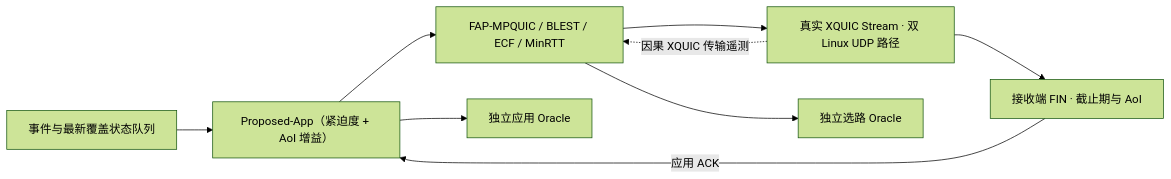
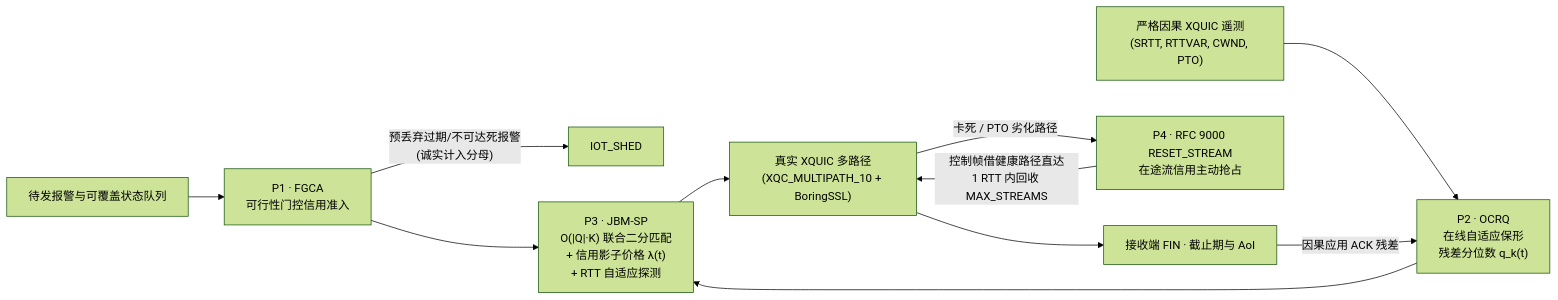
Before and after one commit to Sver0411/IoT-MPQUIC-Scheduler: the diagram in README.zh-CN.md, drawn with Mermaid (forest theme). The commit also changed other lines of this file and 24 other files, not shown here.

Commit message:
feat(acsp-mpquic): add 4-pillar ACSP-MPQUIC scheduler, modern SOTA baselines, and 1,224-run real-XQUIC Stage 11 evaluation

````diff
--- a/README.zh-CN.md
+++ b/README.zh-CN.md
@@ -30,11 +28,13 @@
 ```mermaid
 flowchart LR
-    Q["事件与最新覆盖状态队列"] --> A["Proposed-App（紧迫度 + AoI 增益）"]
-    A --> P["FAP-MPQUIC / BLEST / ECF / MinRTT"]
-    P --> S["真实 XQUIC Stream · 双 Linux UDP 路径"]
-    S --> R["接收端 FIN · 截止期与 AoI"]
-    R -->|"应用 ACK"| A
-    S -.->|"因果 XQUIC 传输遥测"| P
-    A --> O["独立应用 Oracle"]
-    P --> O2["独立选路 Oracle"]
+    Q["待发报警与可覆盖状态队列"] --> P1["P1 · FGCA\n可行性门控信用准入"]
+    P1 -->|"预丢弃过期/不可达死报警\n(诚实计入分母)"| SHED["IOT_SHED"]
+    P1 --> P3["P3 · JBM-SP\nO(|Q|·K) 联合二分匹配\n+ 信用影子价格 λ(t)\n+ RTT 自适应探测"]
+    T["严格因果 XQUIC 遥测\n(SRTT, RTTVAR, CWND, PTO)"] --> P2["P2 · OCRQ\n在线自适应保形\n残差分位数 q_k(t)"]
+    P2 --> P3
+    P3 --> XQ["真实 XQUIC 多路径\n(XQC_MULTIPATH_10 + BoringSSL)"]
+    XQ -->|"卡死 / PTO 劣化路径"| P4["P4 · RFC 9000 RESET_STREAM\n在途流信用主动抢占"]
+    P4 -->|"控制帧借健康路径直达\n1 RTT 内回收 MAX_STREAMS"| XQ
+    XQ --> RX["接收端 FIN · 截止期与 AoI"]
+    RX -->|"因果应用 ACK 残差"| P2
 ```
````
